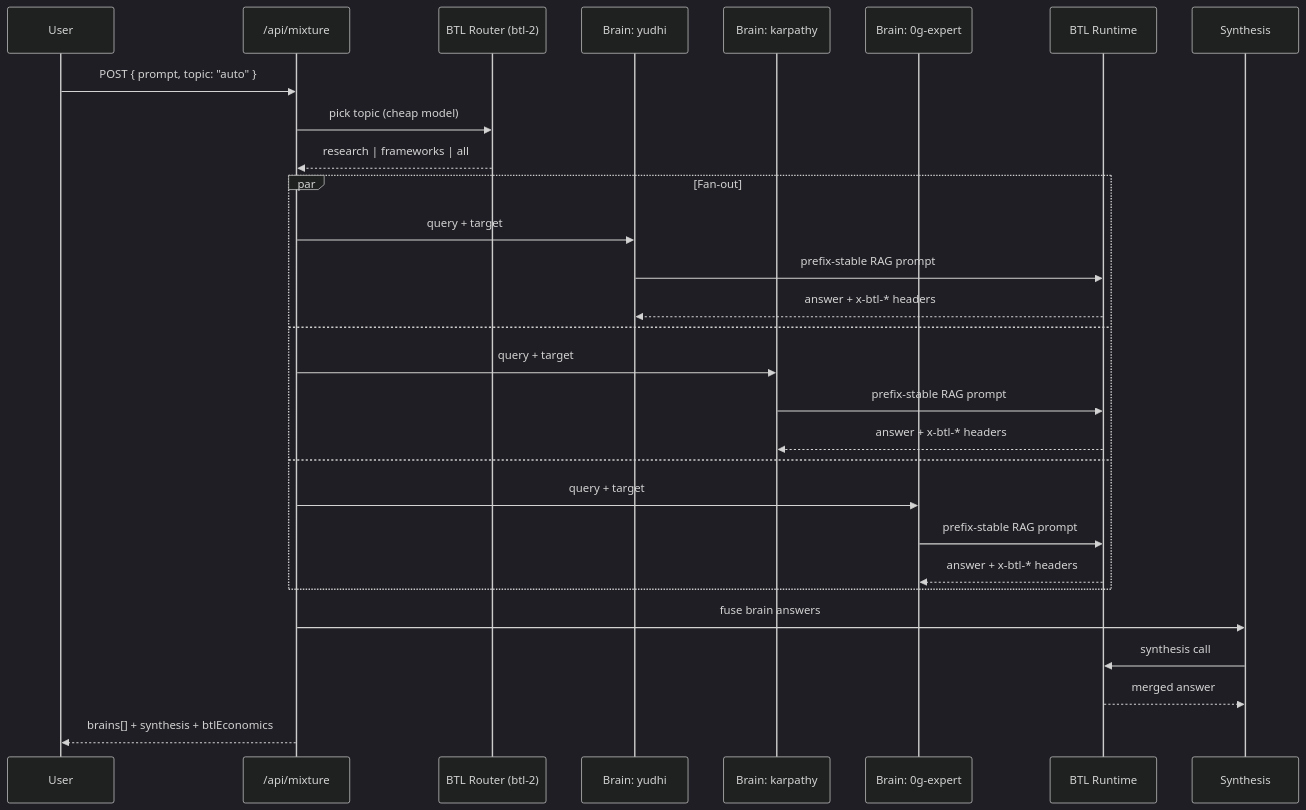
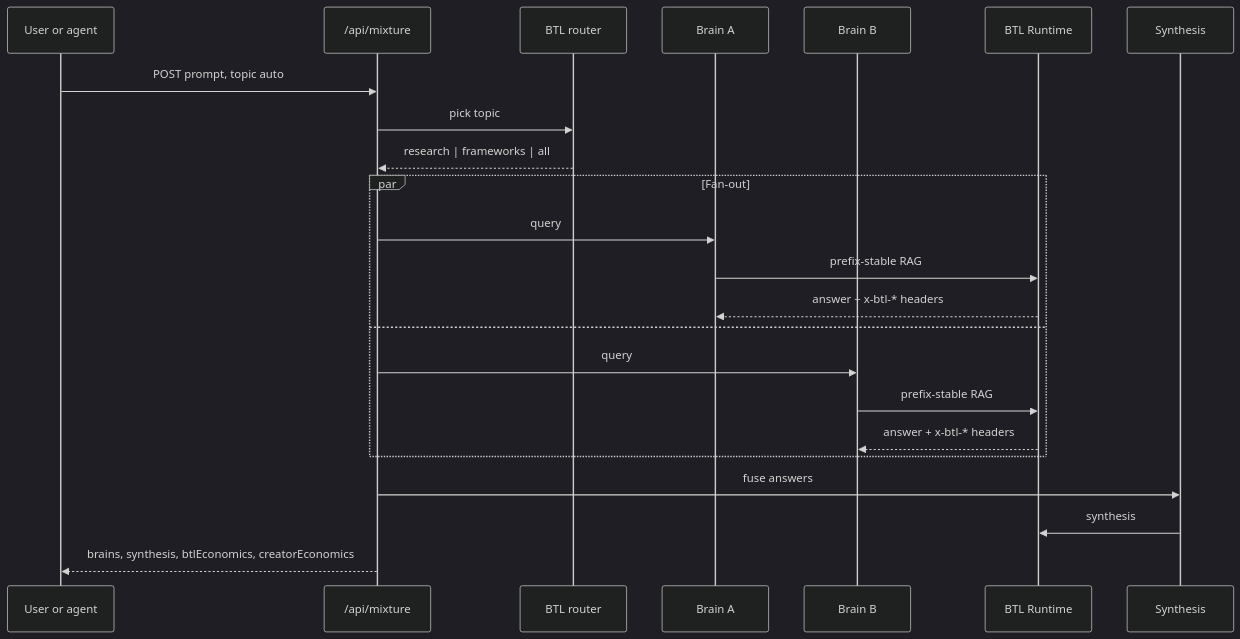
One commit to arko05roy/Icaruz changed the third of 4 diagrams in README.md. Above: the diagram before and after it, drawn with Mermaid (dark theme). The commit also changed other lines of this file and 26 other files, not shown here.

````diff
--- a/README.md
+++ b/README.md
@@ -65,34 +113,28 @@
 ```mermaid
 sequenceDiagram
-    participant U as User
+    participant U as User or agent
     participant API as /api/mixture
-    participant R as BTL Router (btl-2)
-    participant B1 as Brain: yudhi
-    participant B2 as Brain: karpathy
-    participant B3 as Brain: 0g-expert
+    participant R as BTL router
+    participant B1 as Brain A
+    participant B2 as Brain B
     participant BTL as BTL Runtime
     participant S as Synthesis
 
-    U->>API: POST { prompt, topic: "auto" }
-    API->>R: pick topic (cheap model)
+    U->>API: POST prompt, topic auto
+    API->>R: pick topic
     R-->>API: research | frameworks | all
 
     par Fan-out
-        API->>B1: query + target
-        B1->>BTL: prefix-stable RAG prompt
+        API->>B1: query
+        B1->>BTL: prefix-stable RAG
         BTL-->>B1: answer + x-btl-* headers
     and
-        API->>B2: query + target
-        B2->>BTL: prefix-stable RAG prompt
+        API->>B2: query
+        B2->>BTL: prefix-stable RAG
         BTL-->>B2: answer + x-btl-* headers
-    and
-        API->>B3: query + target
-        B3->>BTL: prefix-stable RAG prompt
-        BTL-->>B3: answer + x-btl-* headers
     end
 
-    API->>S: fuse brain answers
-    S->>BTL: synthesis call
-    BTL-->>S: merged answer
-    API-->>U: brains[] + synthesis + btlEconomics
+    API->>S: fuse answers
+    S->>BTL: synthesis
+    API-->>U: brains, synthesis, btlEconomics, creatorEconomics
 ```
````
